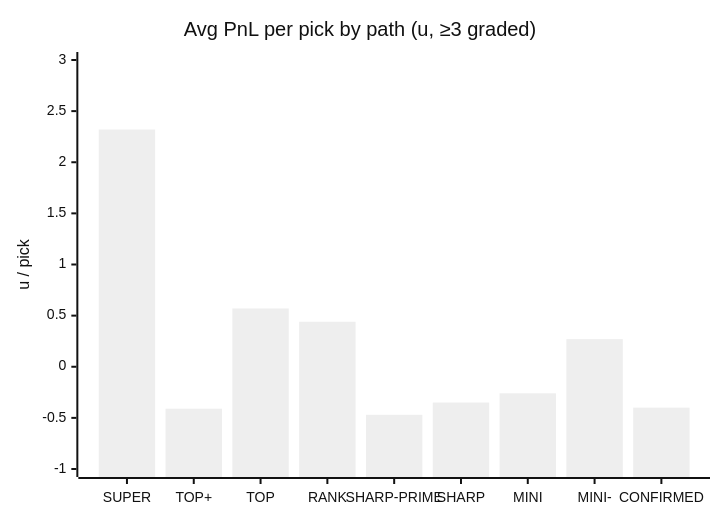
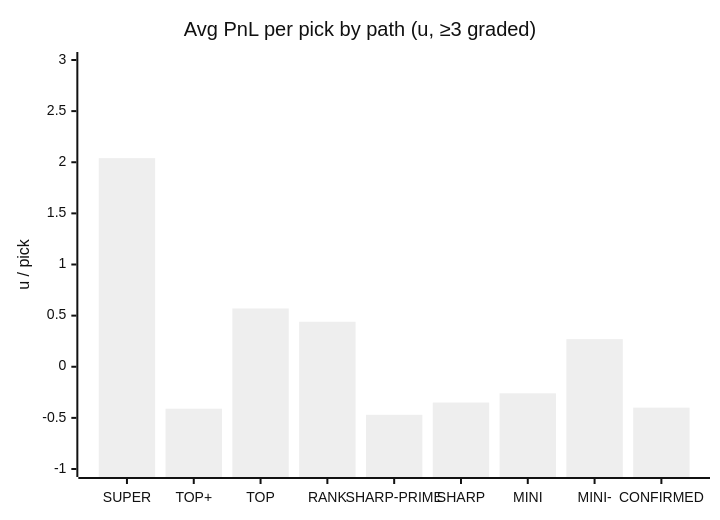
Before and after one commit to dpk1212/nhl-savant: the third of 5 diagrams in DAILY_AGSU_REPORT.md, drawn with Mermaid (neutral theme). The commit also changed other lines of this file, not shown here.

````diff
--- a/DAILY_AGSU_REPORT.md
+++ b/DAILY_AGSU_REPORT.md
@@ -449,7 +458,7 @@
 ```mermaid
 xychart-beta
     title "Avg PnL per pick by path (u, ≥3 graded)"
     x-axis ["SUPER", "TOP+", "TOP", "RANK", "SHARP-PRIME", "SHARP", "MINI", "MINI-", "CONFIRMED"]
     y-axis "u / pick" -1 --> 3
-    bar [2.32, -0.41, 0.57, 0.44, -0.47, -0.35, -0.26, 0.27, -0.4]
+    bar [2.04, -0.41, 0.57, 0.44, -0.47, -0.35, -0.26, 0.27, -0.4]
 ```
````
